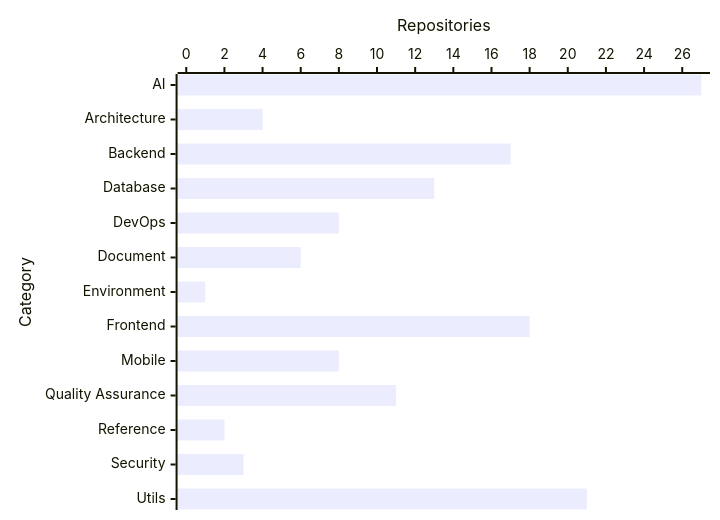
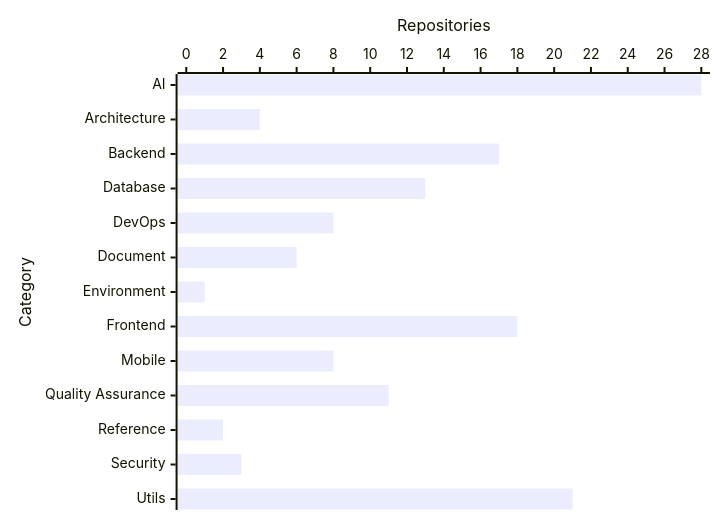
The diagram in README.md (prawee/resource), drawn with Mermaid before and after one commit. The commit also changed other lines of this file, not shown here.

````diff
--- a/README.md
+++ b/README.md
@@ -11,6 +11,6 @@
 ```mermaid
 xychart-beta horizontal
     x-axis "Category" ["AI", "Architecture", "Backend", "Database", "DevOps", "Document", "Environment", "Frontend", "Mobile", "Quality Assurance", "Reference", "Security", "Utils"]
-    y-axis "Repositories" 0 --> 27
-    bar [27, 4, 17, 13, 8, 6, 1, 18, 8, 11, 2, 3, 21]
+    y-axis "Repositories" 0 --> 28
+    bar [28, 4, 17, 13, 8, 6, 1, 18, 8, 11, 2, 3, 21]
 ```
````
